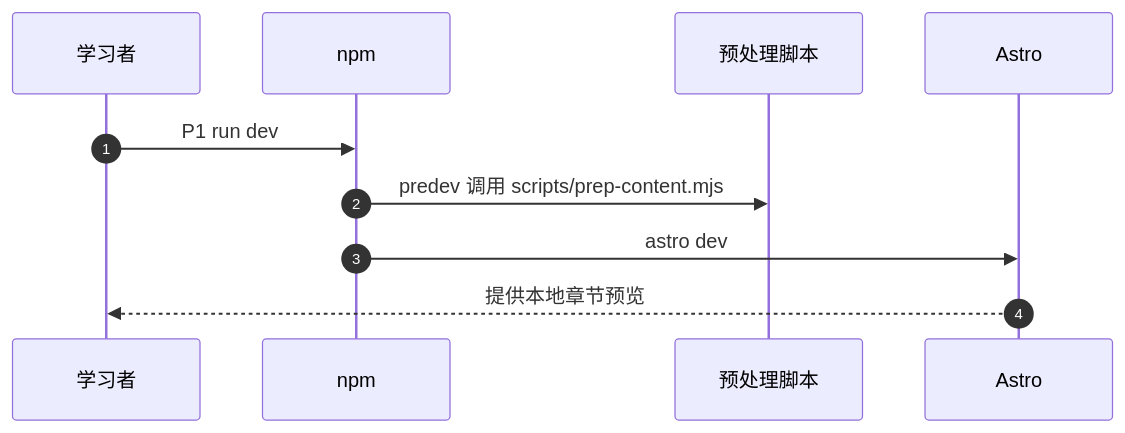
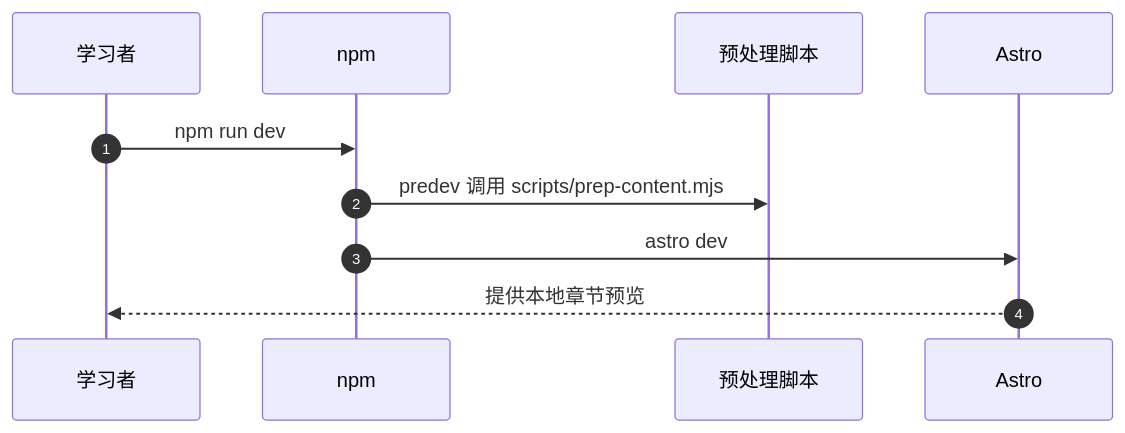
One commit to ImChong/Robotics_Notebooks changed the second of 2 diagrams in wiki/entities/deepagents-in-action.md. Above: the diagram before and after it, drawn with Mermaid.

Commit message:
fix(wiki): 修正课程源码时序图中的命令和构造函数名称

````diff
--- a/wiki/entities/deepagents-in-action.md
+++ b/wiki/entities/deepagents-in-action.md
@@ -64,12 +64,12 @@
 ```mermaid
 sequenceDiagram
   autonumber
   participant P0 as 学习者
   participant P1 as npm
   participant P2 as 预处理脚本
   participant P3 as Astro
-  P0->>P1: P1 run dev
+  P0->>P1: npm run dev
   P1->>P2: predev 调用 scripts/prep-content.mjs
   P1->>P3: astro dev
   P3-->>P0: 提供本地章节预览
 ```
````
